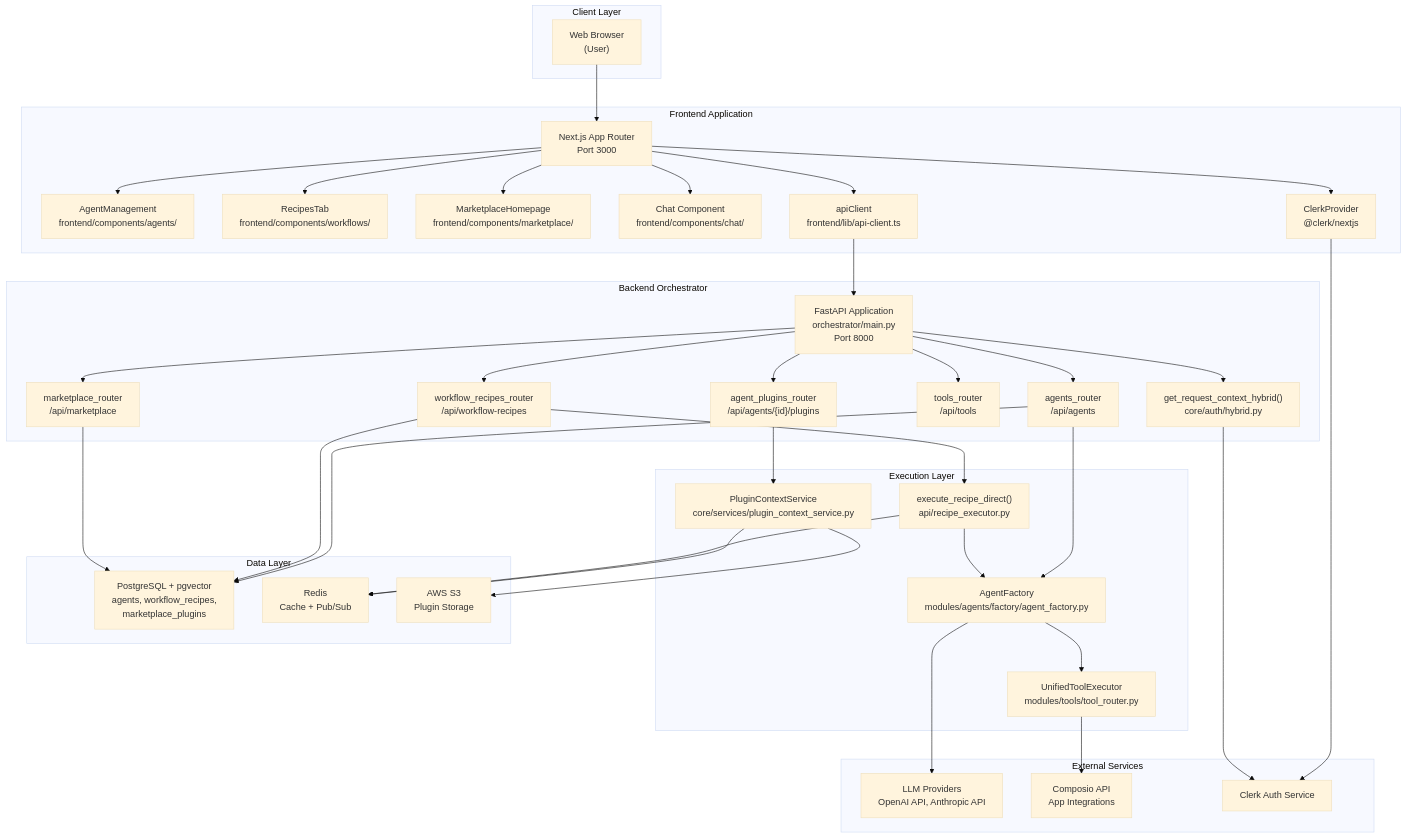
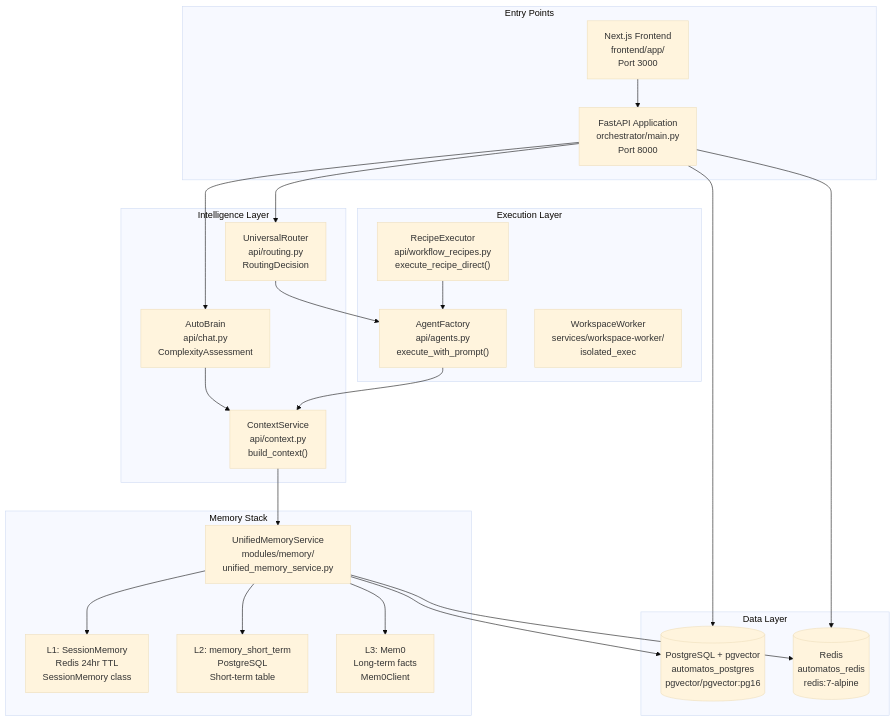
The first of 3 diagrams in docs/overview/_index.md (AutomatosAI/automatos-ai), drawn with Mermaid (base theme) before and after one commit. The commit also changed other lines of this file and 149 other files, not shown here.

Commit message:
docs: refresh documentation with graphify semantic scan

````diff
--- a/docs/overview/_index.md
+++ b/docs/overview/_index.md
@@ -100,83 +54,49 @@
 ```mermaid
 graph TB
-    subgraph "Client Layer"
-        Browser["Web Browser<br/>(User)"]
+    subgraph "Entry Points"
+        Browser["Next.js Frontend<br/>frontend/app/<br/>Port 3000"]
+        API["FastAPI Application<br/>orchestrator/main.py<br/>Port 8000"]
     end
     
-    subgraph "Frontend Application"
-        NextJS["Next.js App Router<br/>Port 3000"]
-        UI_Agents["AgentManagement<br/>frontend/components/agents/"]
-        UI_Recipes["RecipesTab<br/>frontend/components/workflows/"]
-        UI_Market["MarketplaceHomepage<br/>frontend/components/marketplace/"]
-        UI_Chat["Chat Component<br/>frontend/components/chat/"]
-        
-        APIClient["apiClient<br/>frontend/lib/api-client.ts"]
-        ClerkAuth["ClerkProvider<br/>@clerk/nextjs"]
-        
-        NextJS --> UI_Agents
-        NextJS --> UI_Recipes
-        NextJS --> UI_Market
-        NextJS --> UI_Chat
-        NextJS --> APIClient
-        NextJS --> ClerkAuth
-    end
-    
-    subgraph "Backend Orchestrator"
-        FastAPI["FastAPI Application<br/>orchestrator/main.py<br/>Port 8000"]
-        
-        API_Agents["agents_router<br/>/api/agents"]
-        API_Recipes["workflow_recipes_router<br/>/api/workflow-recipes"]
-        API_Market["marketplace_router<br/>/api/marketplace"]
-        API_Tools["tools_router<br/>/api/tools"]
-        API_Plugins["agent_plugins_router<br/>/api/agents/{id}/plugins"]
-        
-        FastAPI --> API_Agents
-        FastAPI --> API_Recipes
-        FastAPI --> API_Market
-        FastAPI --> API_Tools
-        FastAPI --> API_Plugins
-        
-        HybridAuth["get_request_context_hybrid()<br/>core/auth/hybrid.py"]
-        FastAPI --> HybridAuth
+    subgraph "Intelligence Layer"
+        Router["UniversalRouter<br/>api/routing.py<br/>RoutingDecision"]
+        AutoBrain["AutoBrain<br/>api/chat.py<br/>ComplexityAssessment"]
+        ContextSvc["ContextService<br/>api/context.py<br/>build_context()"]
     end
     
     subgraph "Execution Layer"
-        AgentFactory["AgentFactory<br/>modules/agents/factory/agent_factory.py"]
-        RecipeExecutor["execute_recipe_direct()<br/>api/recipe_executor.py"]
-        ToolRouter["UnifiedToolExecutor<br/>modules/tools/tool_router.py"]
-        PluginService["PluginContextService<br/>core/services/plugin_context_service.py"]
+        AgentFactory["AgentFactory<br/>api/agents.py<br/>execute_with_prompt()"]
+        RecipeExec["RecipeExecutor<br/>api/workflow_recipes.py<br/>execute_recipe_direct()"]
+        WorkspaceWorker["WorkspaceWorker<br/>services/workspace-worker/<br/>isolated_exec"]
+    end
+    
+    subgraph "Memory Stack"
+        L1["L1: SessionMemory<br/>Redis 24hr TTL<br/>SessionMemory class"]
+        L2["L2: memory_short_term<br/>PostgreSQL<br/>Short-term table"]
+        L3["L3: Mem0<br/>Long-term facts<br/>Mem0Client"]
+        UMS["UnifiedMemoryService<br/>modules/memory/<br/>unified_memory_service.py"]
         
-        API_Agents --> AgentFactory
-        API_Recipes --> RecipeExecutor
-        RecipeExecutor --> AgentFactory
-        AgentFactory --> ToolRouter
-        API_Plugins --> PluginService
+        UMS --> L1
+        UMS --> L2
+        UMS --> L3
     end
     
     subgraph "Data Layer"
-        Postgres["PostgreSQL + pgvector<br/>agents, workflow_recipes,<br/>marketplace_plugins"]
-        Redis["Redis<br/>Cache + Pub/Sub"]
-        S3["AWS S3<br/>Plugin Storage"]
-        
-        API_Agents --> Postgres
-        API_Recipes --> Postgres
-        API_Market --> Postgres
-        PluginService --> S3
-        PluginService --> Redis
-        RecipeExecutor --> Redis
+        Postgres[("PostgreSQL + pgvector<br/>automatos_postgres<br/>pgvector/pgvector:pg16")]
+        Redis[("Redis<br/>automatos_redis<br/>redis:7-alpine")]
     end
     
-    subgraph "External Services"
-        LLM["LLM Providers<br/>OpenAI API, Anthropic API"]
-        Composio["Composio API<br/>App Integrations"]
-        ClerkSvc["Clerk Auth Service"]
-        
-        AgentFactory --> LLM
-        ToolRouter --> Composio
-        ClerkAuth --> ClerkSvc
-        HybridAuth --> ClerkSvc
-    end
+    Browser --> API
+    API --> Router
+    API --> AutoBrain
+    Router --> AgentFactory
+    AutoBrain --> ContextSvc
+    ContextSvc --> UMS
+    AgentFactory --> ContextSvc
+    RecipeExec --> AgentFactory
     
-    Browser --> NextJS
-    APIClient --> FastAPI
+    API --> Postgres
+    API --> Redis
+    UMS --> Postgres
+    UMS --> Redis
 ```
````
